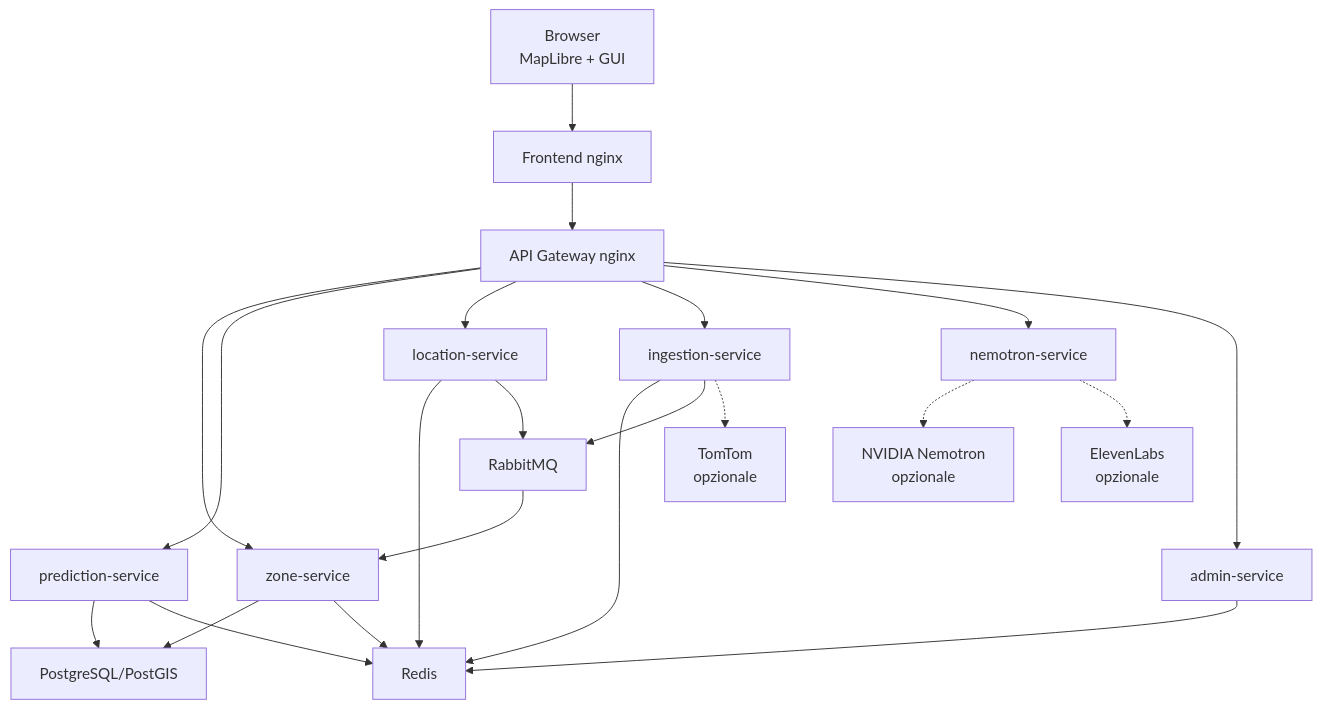
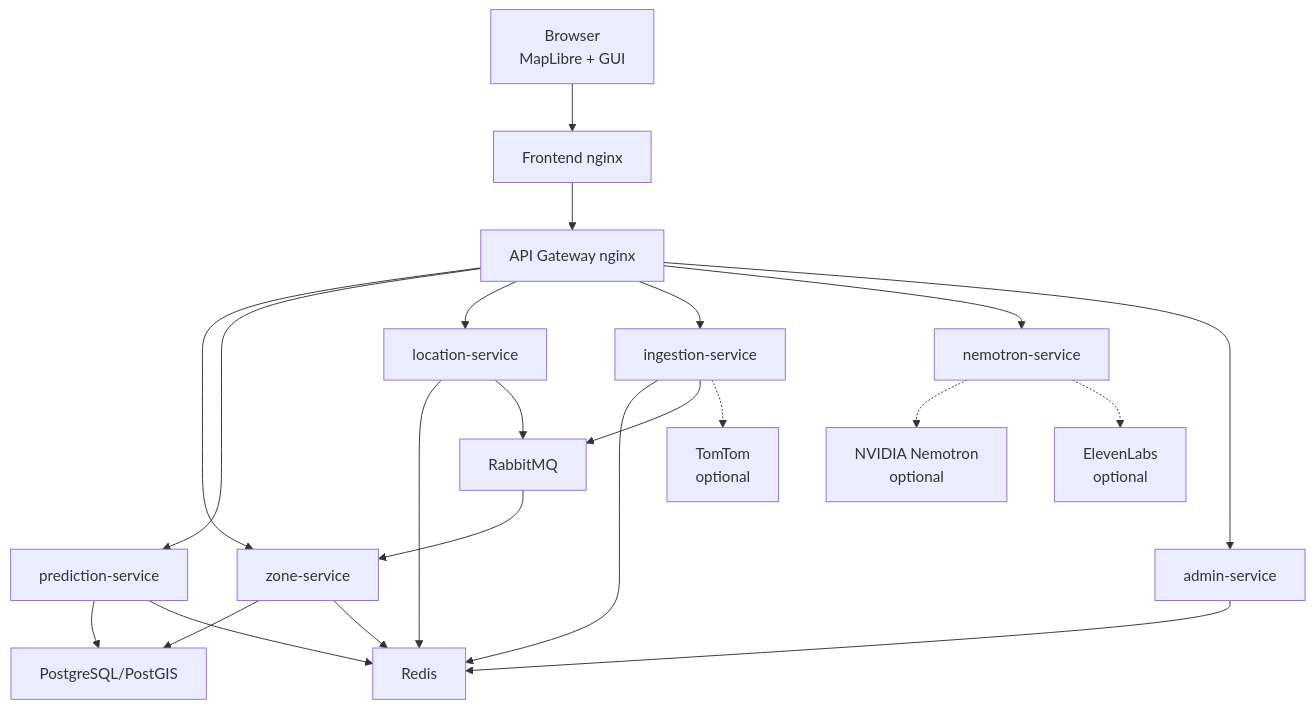
One commit to AlbertoBocchieri/Progetto-Sistemi-Cloud changed the second of 3 diagrams in README.md. Above: the diagram before and after it, drawn with Mermaid. The commit also changed other lines of this file, not shown here.

````diff
--- a/README.md
+++ b/README.md
@@ -350,28 +350,28 @@
 ```mermaid
 flowchart TB
     Browser["Browser<br/>MapLibre + GUI"] --> Frontend["Frontend nginx"]
     Frontend --> Gateway["API Gateway nginx"]
 
     Gateway --> Zone["zone-service"]
     Gateway --> Prediction["prediction-service"]
     Gateway --> Location["location-service"]
     Gateway --> Ingestion["ingestion-service"]
     Gateway --> AI["nemotron-service"]
     Gateway --> Admin["admin-service"]
 
     Zone --> PostGIS["PostgreSQL/PostGIS"]
     Prediction --> PostGIS
     Prediction --> Redis["Redis"]
     Zone --> Redis
     Location --> Redis
     Ingestion --> Redis
     Admin --> Redis
 
     Location --> Rabbit["RabbitMQ"]
     Ingestion --> Rabbit
     Rabbit --> Zone
 
-    Ingestion -.-> TomTom["TomTom<br/>opzionale"]
-    AI -.-> Nemotron["NVIDIA Nemotron<br/>opzionale"]
-    AI -.-> Eleven["ElevenLabs<br/>opzionale"]
+    Ingestion -.-> TomTom["TomTom<br/>optional"]
+    AI -.-> Nemotron["NVIDIA Nemotron<br/>optional"]
+    AI -.-> Eleven["ElevenLabs<br/>optional"]
 ```
````
